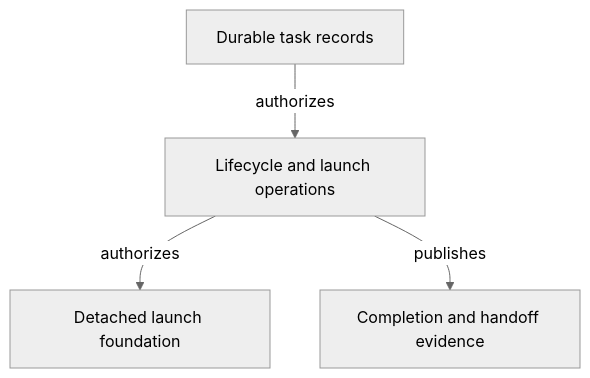
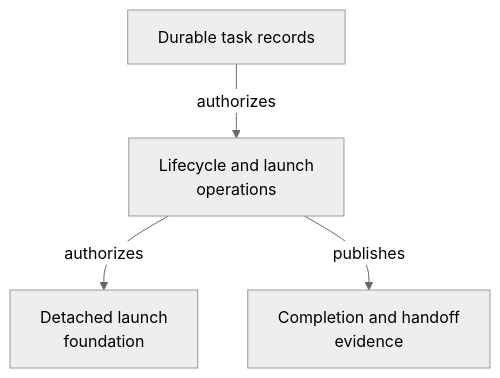
Before and after one commit to abstract-business-systems/as-is: the diagram in components/control-plane/as-is.md, drawn with Mermaid (neutral theme). The commit also changed 47 other files, not shown here.

Commit message:
docs(diagrams): improve Mermaid readability validation

````diff
--- a/components/control-plane/as-is.md
+++ b/components/control-plane/as-is.md
@@ -24,6 +24,6 @@
 ```mermaid
 flowchart TD
-    A["Durable task records"] -->|authorizes| B["Lifecycle and launch operations"]
-    B -->|authorizes| C["Detached launch foundation"]
-    B -->|publishes| D["Completion and handoff evidence"]
+    A["Durable task records"] -->|authorizes| B["Lifecycle and launch<br/>operations"]
+    B -->|authorizes| C["Detached launch<br/>foundation"]
+    B -->|publishes| D["Completion and handoff<br/>evidence"]
 ```
````
